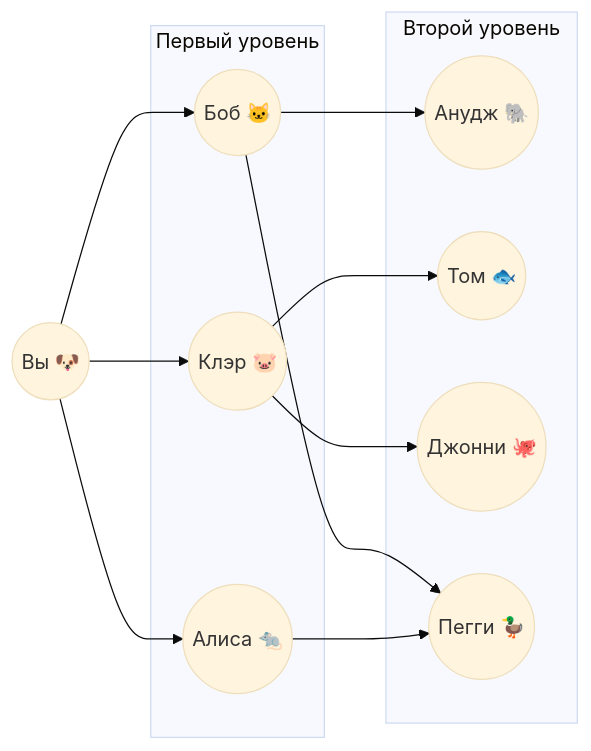
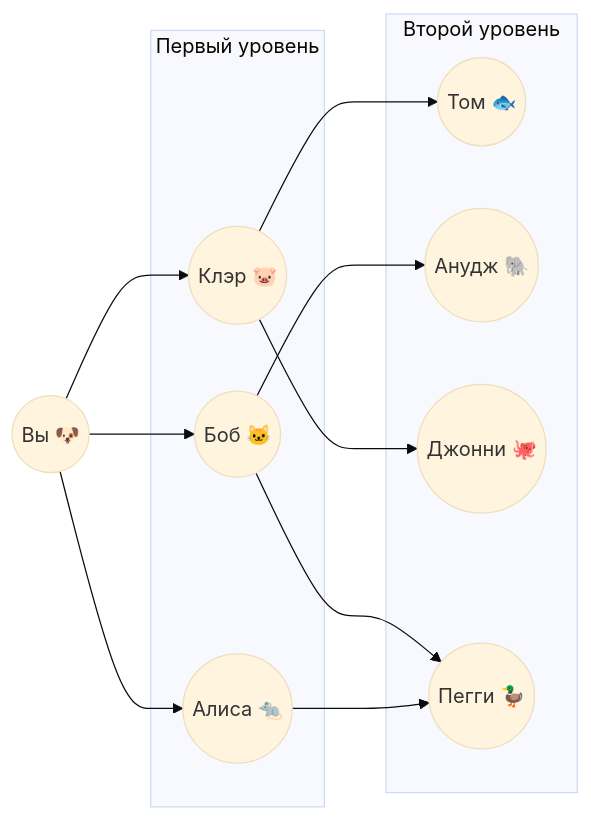
One commit to rogerok/learn-programming changed the ninth of 11 diagrams in src/cs/grocking-algorithms/6.breadth-first-search/6.breadth-first-search.md. Above: the diagram before and after it, drawn with Mermaid (base theme). The commit also changed other lines of this file, not shown here.

````diff
--- a/src/cs/grocking-algorithms/6.breadth-first-search/6.breadth-first-search.md
+++ b/src/cs/grocking-algorithms/6.breadth-first-search/6.breadth-first-search.md
@@ -127,26 +127,26 @@
 ```mermaid
 graph LR
   A(("Вы 🐶"))
 
   subgraph "Первый уровень"
-    B(("Алиса 🐀"))
     C(("Клэр 🐷"))
     D(("Боб 🐱"))
+    B(("Алиса 🐀"))
   end
 
   subgraph "Второй уровень"
+    F(("Том 🐟"))
     E(("Анудж 🐘"))
-    F(("Том 🐟"))
     G(("Джонни 🐙"))
     H(("Пегги 🦆"))
   end
 
   A --> B
   A --> C
   A --> D
   D --> E
   C --> F
   C --> G
   B --> H
   D --> H
 ```
````
